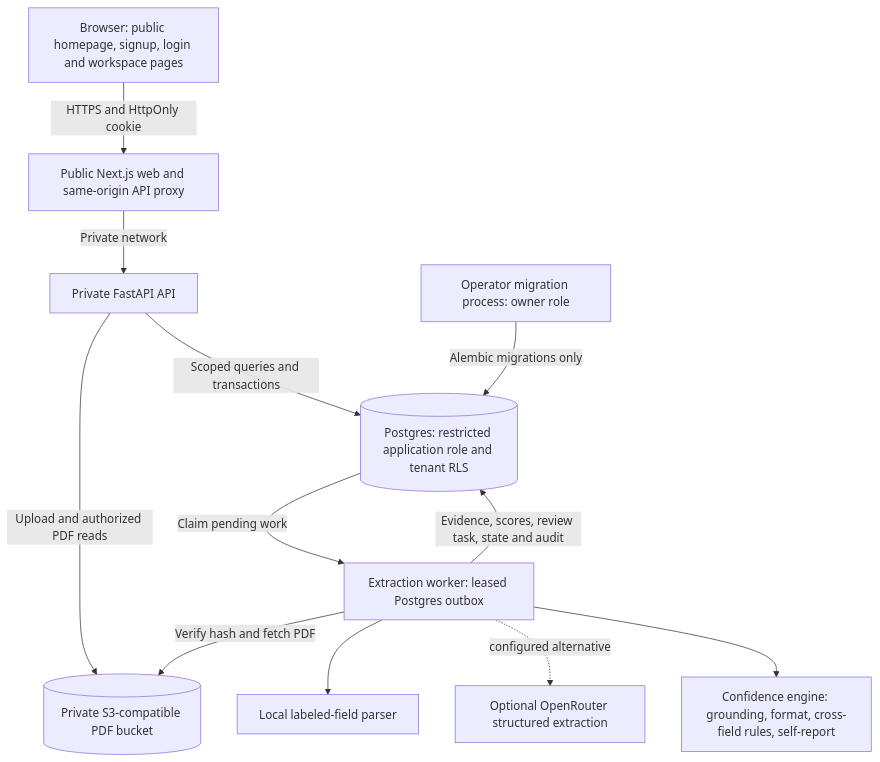
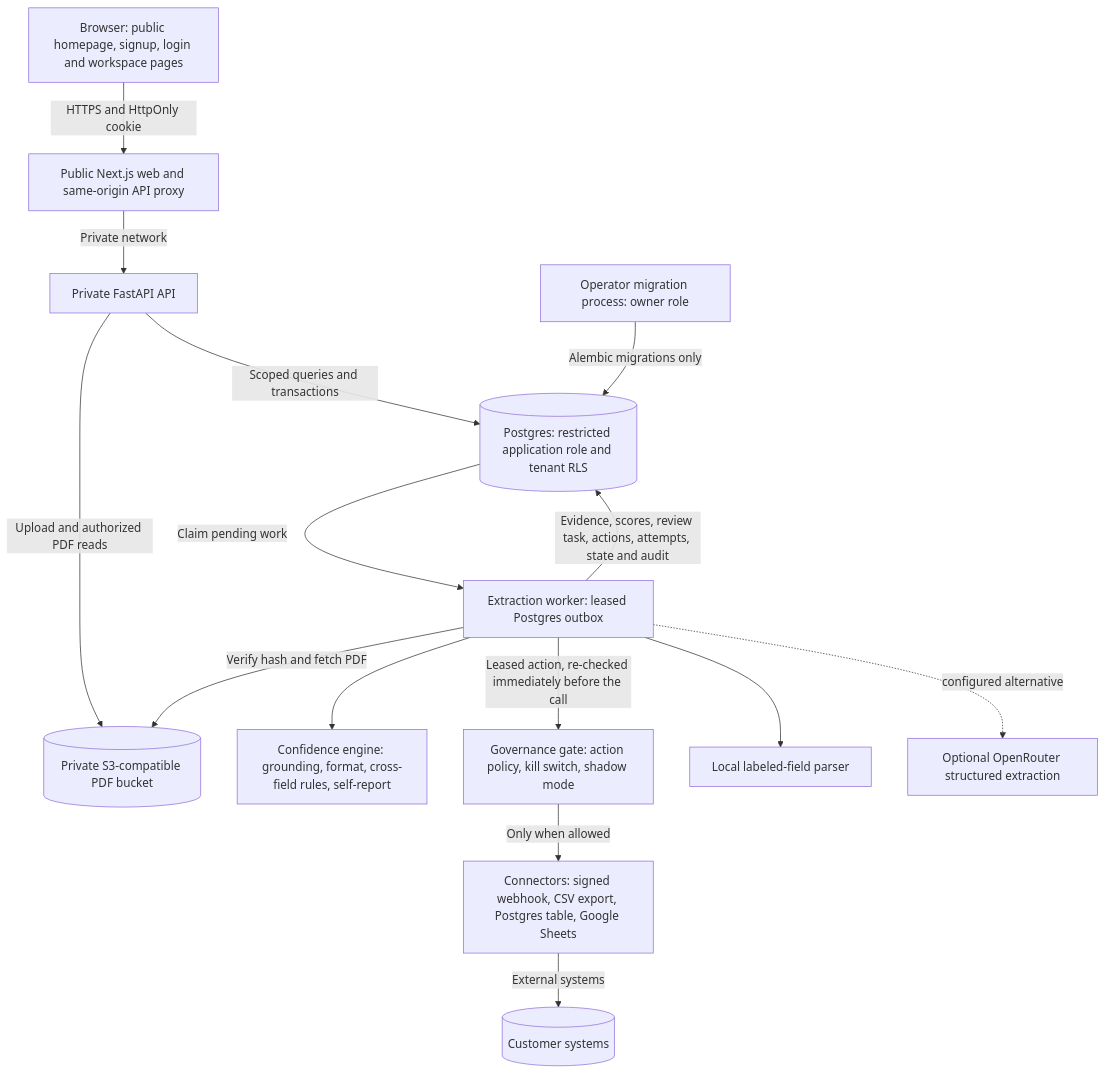
The first of 7 diagrams in SYSTEM_DESIGN.md (Abhinavsuri90/opspilot), drawn with Mermaid before and after one commit. The commit also changed other lines of this file and 43 other files, not shown here.

First line of the commit message:
feat(api): add governed actions, policies, kill switch, shadow mode and connectors

````diff
--- a/SYSTEM_DESIGN.md
+++ b/SYSTEM_DESIGN.md
@@ -24,24 +24,29 @@
 ```mermaid
 flowchart TB
     Browser[Browser: public homepage, signup, login and workspace pages]
     Web[Public Next.js web and same-origin API proxy]
     API[Private FastAPI API]
     DB[(Postgres: restricted application role and tenant RLS)]
     Store[(Private S3-compatible PDF bucket)]
     Worker[Extraction worker: leased Postgres outbox]
     Confidence[Confidence engine: grounding, format, cross-field rules, self-report]
+    Gate[Governance gate: action policy, kill switch, shadow mode]
+    Connectors[Connectors: signed webhook, CSV export, Postgres table, Google Sheets]
     Rules[Local labeled-field parser]
     Router[Optional OpenRouter structured extraction]
     Admin[Operator migration process: owner role]
     Browser -->|HTTPS and HttpOnly cookie| Web
     Web -->|Private network| API
     API -->|Scoped queries and transactions| DB
     API -->|Upload and authorized PDF reads| Store
     DB -->|Claim pending work| Worker
     Worker -->|Verify hash and fetch PDF| Store
     Worker --> Rules
     Worker -. configured alternative .-> Router
     Worker --> Confidence
-    Worker -->|Evidence, scores, review task, state and audit| DB
+    Worker -->|Leased action, re-checked immediately before the call| Gate
+    Gate -->|Only when allowed| Connectors
+    Connectors -->|External systems| Ext[(Customer systems)]
+    Worker -->|Evidence, scores, review task, actions, attempts, state and audit| DB
     Admin -->|Alembic migrations only| DB
 ```
````
